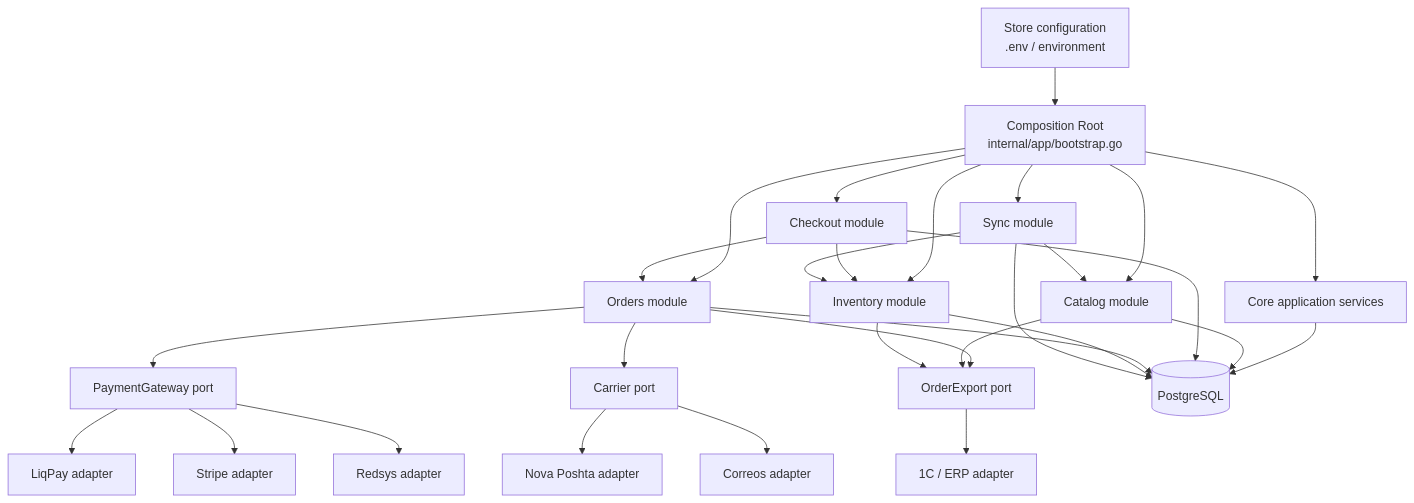
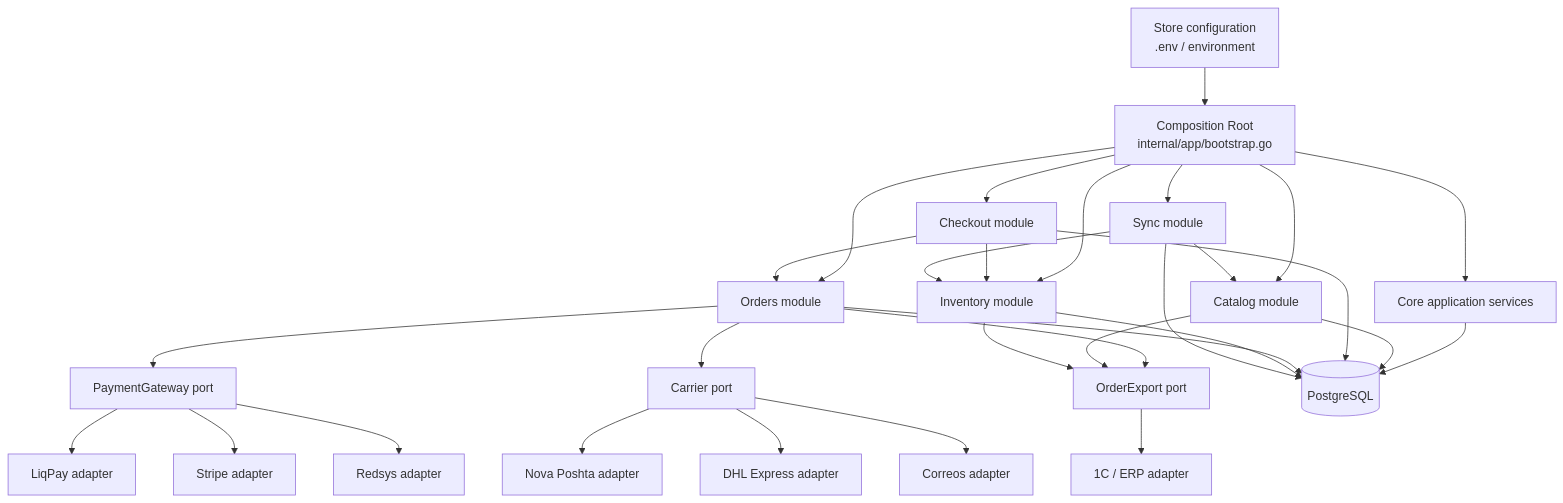
The diagram in ARCHITECTURE.md (VladHrytsaiuk/ecommerce-core), drawn with Mermaid before and after one commit. The commit also changed 9 other files, not shown here.

Commit message:
add DHL Express delivery adapter

````diff
--- a/ARCHITECTURE.md
+++ b/ARCHITECTURE.md
@@ -45,36 +45,37 @@
 ```mermaid
 flowchart TB
     Config[Store configuration\n.env / environment] --> Bootstrap[Composition Root\ninternal/app/bootstrap.go]
 
     Bootstrap --> Core[Core application services]
     Bootstrap --> Catalog[Catalog module]
     Bootstrap --> Checkout[Checkout module]
     Bootstrap --> Orders[Orders module]
     Bootstrap --> Inventory[Inventory module]
     Bootstrap --> Sync[Sync module]
 
     Checkout --> Inventory
     Checkout --> Orders
     Orders --> PaymentsPort[PaymentGateway port]
     Orders --> DeliveryPort[Carrier port]
     Orders --> SyncPort[OrderExport port]
 
     Catalog --> SyncPort
     Inventory --> SyncPort
     Sync --> Catalog
     Sync --> Inventory
 
     PaymentsPort --> LiqPay[LiqPay adapter]
     PaymentsPort --> Stripe[Stripe adapter]
     PaymentsPort --> Redsys[Redsys adapter]
     DeliveryPort --> Nova[Nova Poshta adapter]
+    DeliveryPort --> DHL[DHL Express adapter]
     DeliveryPort --> Correos[Correos adapter]
     SyncPort --> OneC[1C / ERP adapter]
 
     Core --> DB[(PostgreSQL)]
     Catalog --> DB
     Checkout --> DB
     Orders --> DB
     Inventory --> DB
     Sync --> DB
 ```
````
